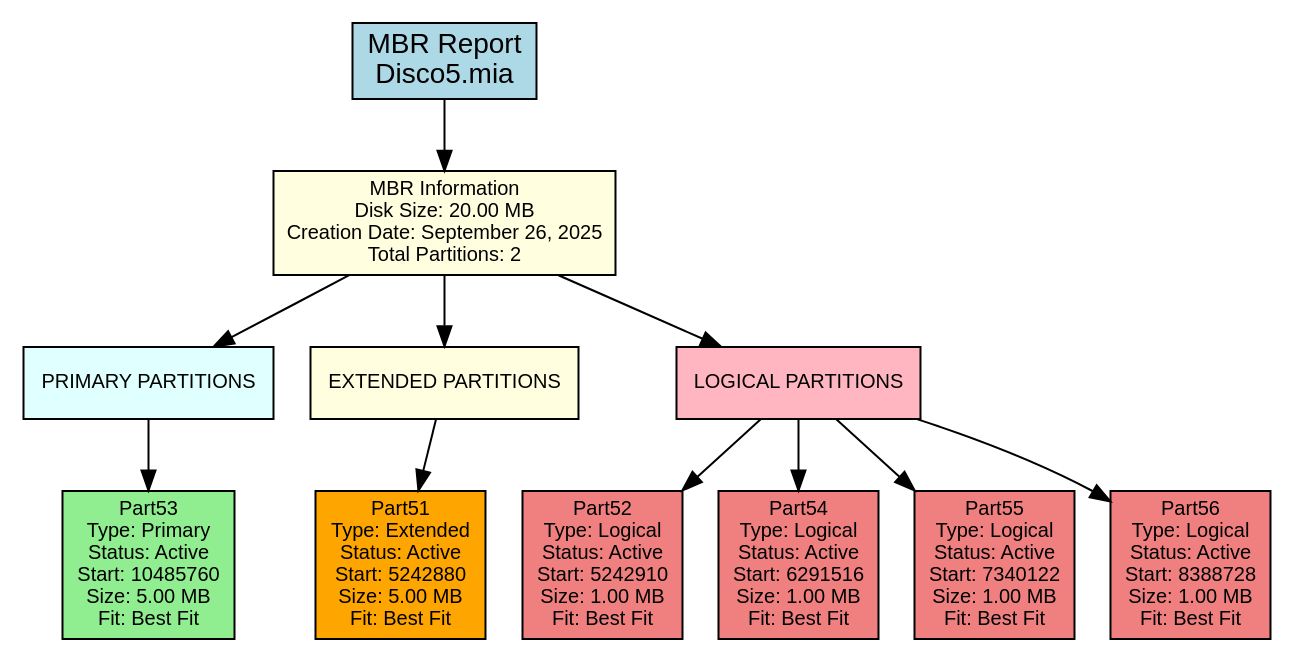
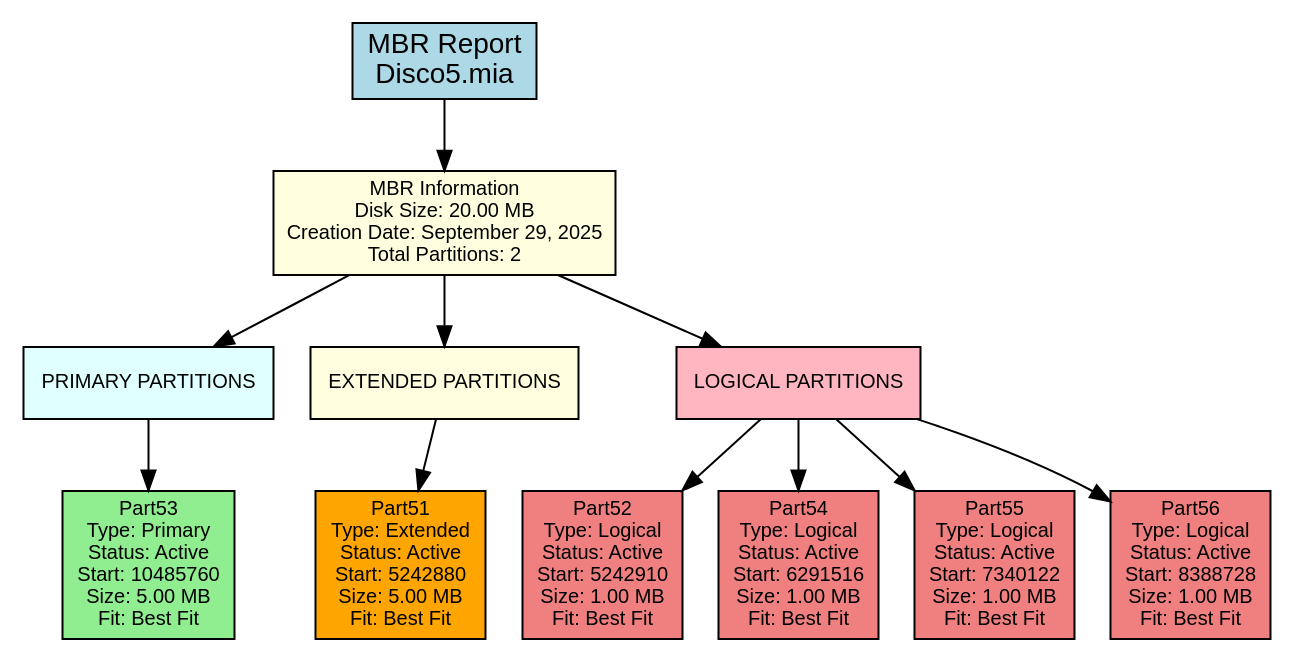
Before and after one commit to DiegVas/MIA_2S2025_P2_202300638: the diagram in backend/provider/reports/src/mbr_381C.dot, drawn with Graphviz. The commit also changed 16 other files, not shown here.

```diff
--- a/backend/provider/reports/src/mbr_381C.dot
+++ b/backend/provider/reports/src/mbr_381C.dot
@@ -1,34 +1,34 @@
 digraph MBR_Report {
     rankdir=TB;
     node [shape=box, style=filled];
     graph [fontname="Arial", fontsize=12];
     node [fontname="Arial", fontsize=10];
     edge [fontname="Arial"];
 
     title [label="MBR Report\nDisco5.mia", fillcolor=lightblue, fontsize=14];
 
-    mbr_info [label="MBR Information\nDisk Size: 20.00 MB\nCreation Date: September 26, 2025\nTotal Partitions: 2", fillcolor=lightyellow];
+    mbr_info [label="MBR Information\nDisk Size: 20.00 MB\nCreation Date: September 29, 2025\nTotal Partitions: 2", fillcolor=lightyellow];
 
     primary_section [label="PRIMARY PARTITIONS", shape=box, style=filled, fillcolor=lightcyan];
     primary_0 [label="Part53\nType: Primary\nStatus: Active\nStart: 10485760\nSize: 5.00 MB\nFit: Best Fit", fillcolor=lightgreen];
     primary_section -> primary_0;
 
     extended_section [label="EXTENDED PARTITIONS", shape=box, style=filled, fillcolor=lightyellow];
     extended_0 [label="Part51\nType: Extended\nStatus: Active\nStart: 5242880\nSize: 5.00 MB\nFit: Best Fit", fillcolor=orange];
     extended_section -> extended_0;
 
     logical_section [label="LOGICAL PARTITIONS", shape=box, style=filled, fillcolor=lightpink];
     logical_0 [label="Part52\nType: Logical\nStatus: Active\nStart: 5242910\nSize: 1.00 MB\nFit: Best Fit", fillcolor=lightcoral];
     logical_section -> logical_0;
     logical_1 [label="Part54\nType: Logical\nStatus: Active\nStart: 6291516\nSize: 1.00 MB\nFit: Best Fit", fillcolor=lightcoral];
     logical_section -> logical_1;
     logical_2 [label="Part55\nType: Logical\nStatus: Active\nStart: 7340122\nSize: 1.00 MB\nFit: Best Fit", fillcolor=lightcoral];
     logical_section -> logical_2;
     logical_3 [label="Part56\nType: Logical\nStatus: Active\nStart: 8388728\nSize: 1.00 MB\nFit: Best Fit", fillcolor=lightcoral];
     logical_section -> logical_3;
 
     title -> mbr_info;
     mbr_info -> primary_section;
     mbr_info -> extended_section;
     mbr_info -> logical_section;
 }
```
